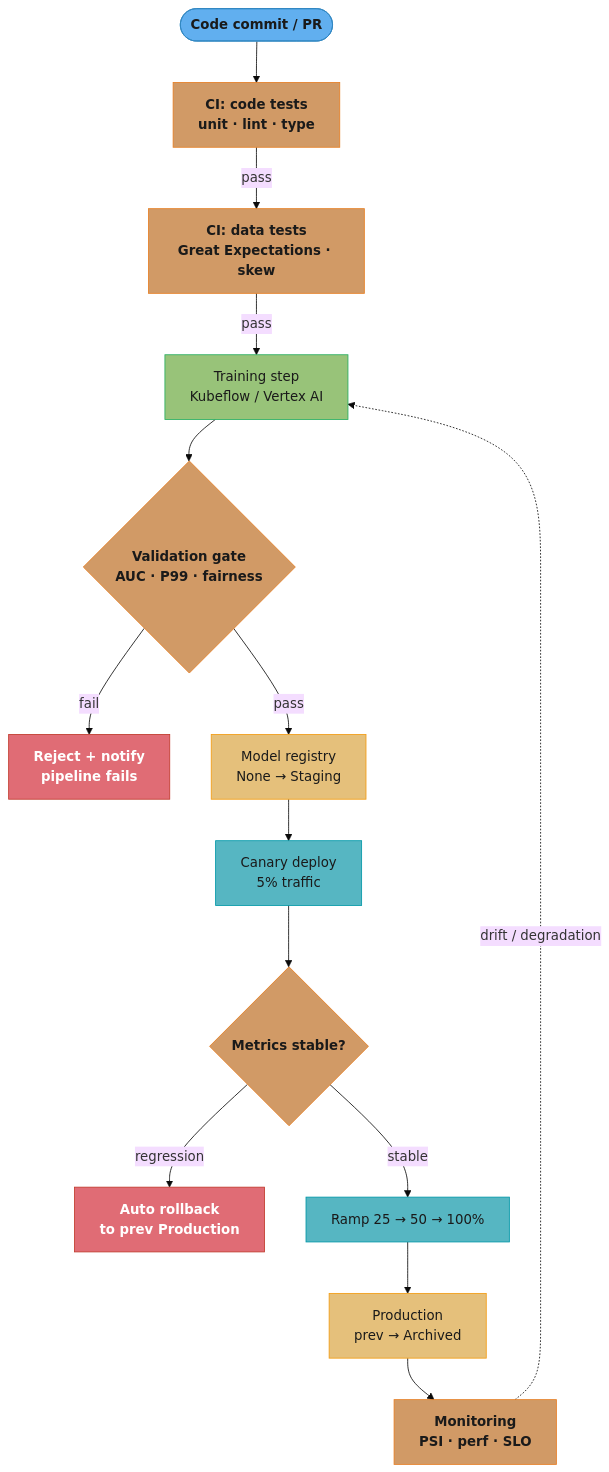
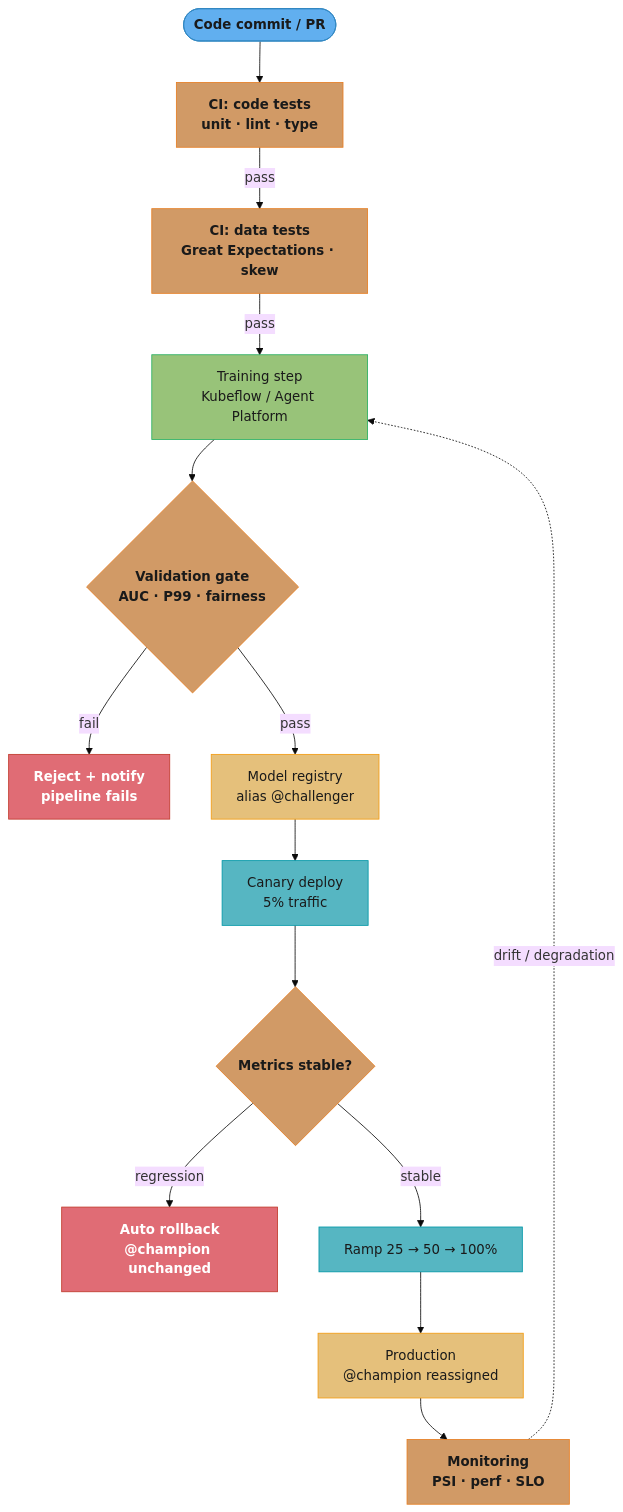
One commit to rppol/system-design changed the first of 5 diagrams in src/main/java/com/rutik/systemdesign/ml/mlops_and_ci_cd/README.md. Above: the diagram before and after it, drawn with Mermaid (base theme). The commit also changed other lines of this file and 114 other files, not shown here.

````diff
--- a/src/main/java/com/rutik/systemdesign/ml/mlops_and_ci_cd/README.md
+++ b/src/main/java/com/rutik/systemdesign/ml/mlops_and_ci_cd/README.md
@@ -95,31 +95,31 @@
 ```mermaid
 flowchart TD
     classDef io      fill:#61afef,stroke:#2e86c1,color:#1a1a1a,font-weight:bold
     classDef frozen  fill:#c678dd,stroke:#9b59b6,color:#fff
     classDef train   fill:#98c379,stroke:#27ae60,color:#1a1a1a
     classDef mathOp  fill:#d19a66,stroke:#e67e22,color:#1a1a1a,font-weight:bold
     classDef lossN   fill:#e06c75,stroke:#c0392b,color:#fff,font-weight:bold
     classDef req     fill:#56b6c2,stroke:#0097a7,color:#1a1a1a
     classDef base    fill:#e5c07b,stroke:#f39c12,color:#1a1a1a
 
     commit([Code commit / PR]) --> codeTests["CI: code tests\nunit · lint · type"]
     codeTests -->|"pass"| dataTests["CI: data tests\nGreat Expectations · skew"]
-    dataTests -->|"pass"| trainStep["Training step\nKubeflow / Vertex AI"]
+    dataTests -->|"pass"| trainStep["Training step\nKubeflow / Agent Platform"]
     trainStep --> gate{"Validation gate\nAUC · P99 · fairness"}
     gate -->|"fail"| reject["Reject + notify\npipeline fails"]
-    gate -->|"pass"| registry["Model registry\nNone → Staging"]
+    gate -->|"pass"| registry["Model registry\nalias @challenger"]
     registry --> canary["Canary deploy\n5% traffic"]
     canary --> check{"Metrics stable?"}
-    check -->|"regression"| rollback["Auto rollback\nto prev Production"]
+    check -->|"regression"| rollback["Auto rollback\n@champion unchanged"]
     check -->|"stable"| promote["Ramp 25 → 50 → 100%"]
-    promote --> prod["Production\nprev → Archived"]
+    promote --> prod["Production\n@champion reassigned"]
     prod --> monitor["Monitoring\nPSI · perf · SLO"]
     monitor -.->|"drift / degradation"| trainStep
 
     class commit io
     class codeTests,dataTests,gate,check,monitor mathOp
     class trainStep train
     class reject,rollback lossN
     class registry,prod base
     class canary,promote req
 ```
````
